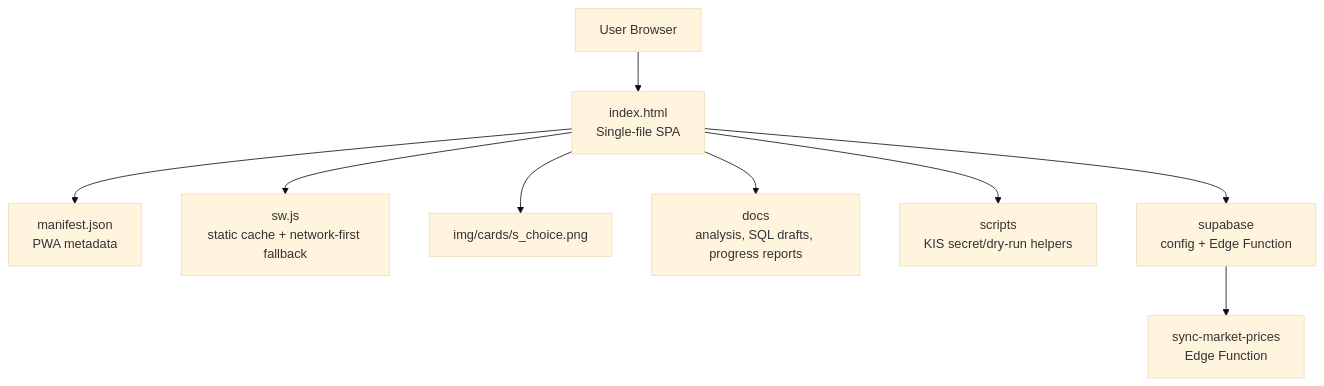
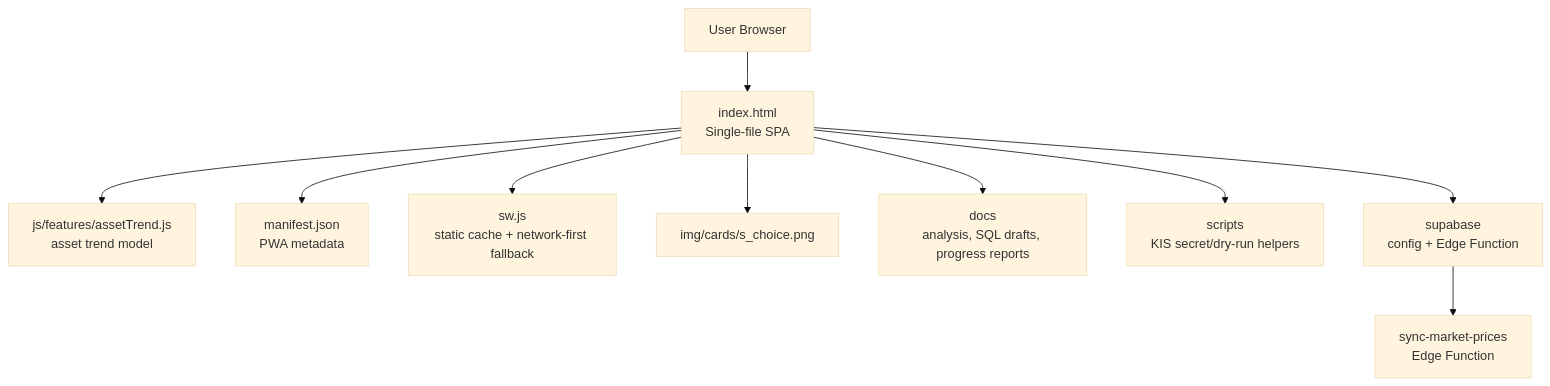
Before and after one commit to ksg0694-ops/NetVisualizer: the first of 10 diagrams in docs/02-design/current-architecture-map.md, drawn with Mermaid (base theme). The commit also changed other lines of this file and 5 other files, not shown here.

Commit message:
Extract asset trend model slice

````diff
--- a/docs/02-design/current-architecture-map.md
+++ b/docs/02-design/current-architecture-map.md
@@ -14,13 +14,14 @@
 ```mermaid
 flowchart TD
     User["User Browser"] --> App["index.html\nSingle-file SPA"]
+    App --> AssetTrendModule["js/features/assetTrend.js\nasset trend model"]
     App --> Manifest["manifest.json\nPWA metadata"]
     App --> SW["sw.js\nstatic cache + network-first fallback"]
     App --> CardImage["img/cards/s_choice.png"]
 
     App --> Docs["docs\nanalysis, SQL drafts, progress reports"]
     App --> Scripts["scripts\nKIS secret/dry-run helpers"]
     App --> SupabaseDir["supabase\nconfig + Edge Function"]
 
     SupabaseDir --> PriceFn["sync-market-prices\nEdge Function"]
 ```
````
